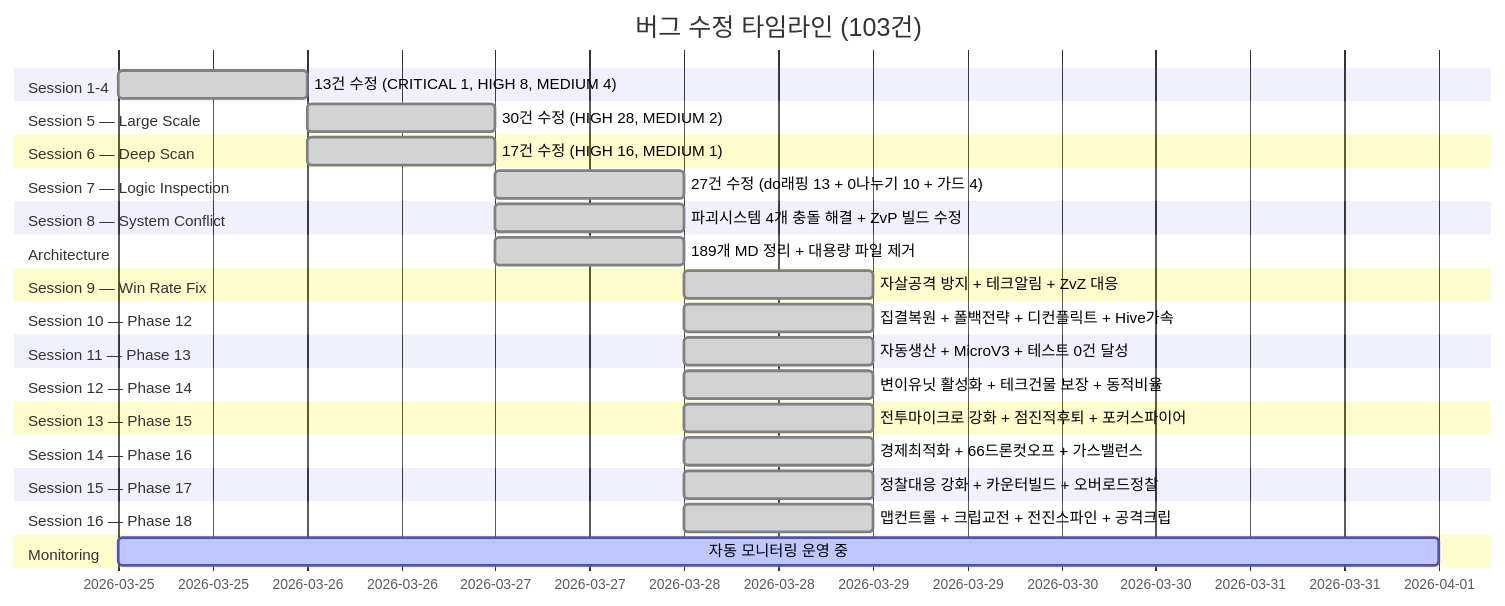
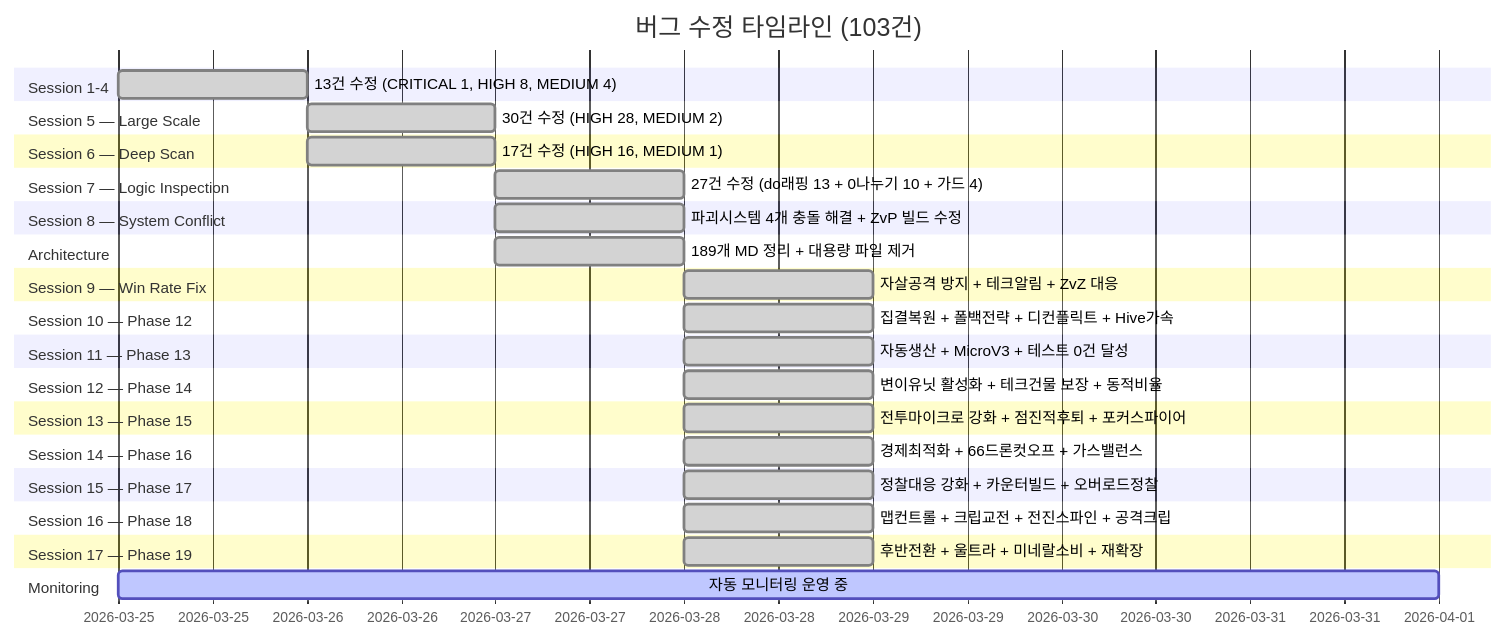
Before and after one commit to sun475300-sudo/Swarm-control-in-sc2bot: diagram 23 of 31 in README.md, drawn with Mermaid. The commit also changed other lines of this file and 5 other files, not shown here.

First line of the commit message:
feat: Phase 19 후반 전환 시스템 — 울트라리스크 + 미네랄소비 + 재확장

````diff
--- a/README.md
+++ b/README.md
@@ -633,35 +633,37 @@
 ```mermaid
 gantt
     title 버그 수정 타임라인 (103건)
     dateFormat YYYY-MM-DD
     section Session 1-4
         13건 수정 (CRITICAL 1, HIGH 8, MEDIUM 4)   :done, s1, 2026-03-25, 1d
     section Session 5 — Large Scale
         30건 수정 (HIGH 28, MEDIUM 2)              :done, s5, 2026-03-26, 1d
     section Session 6 — Deep Scan
         17건 수정 (HIGH 16, MEDIUM 1)              :done, s6, 2026-03-26, 1d
     section Session 7 — Logic Inspection
         27건 수정 (do래핑 13 + 0나누기 10 + 가드 4) :done, s7, 2026-03-27, 1d
     section Session 8 — System Conflict
         파괴시스템 4개 충돌 해결 + ZvP 빌드 수정    :done, s8, 2026-03-27, 1d
     section Architecture
         189개 MD 정리 + 대용량 파일 제거            :done, s9, 2026-03-27, 1d
     section Session 9 — Win Rate Fix
         자살공격 방지 + 테크알림 + ZvZ 대응         :done, s10, 2026-03-28, 1d
     section Session 10 — Phase 12
         집결복원 + 폴백전략 + 디컨플릭트 + Hive가속 :done, s11, 2026-03-28, 1d
     section Session 11 — Phase 13
         자동생산 + MicroV3 + 테스트 0건 달성       :done, s12, 2026-03-28, 1d
     section Session 12 — Phase 14
         변이유닛 활성화 + 테크건물 보장 + 동적비율  :done, s13, 2026-03-28, 1d
     section Session 13 — Phase 15
         전투마이크로 강화 + 점진적후퇴 + 포커스파이어 :done, s14, 2026-03-28, 1d
     section Session 14 — Phase 16
         경제최적화 + 66드론컷오프 + 가스밸런스     :done, s15, 2026-03-28, 1d
     section Session 15 — Phase 17
         정찰대응 강화 + 카운터빌드 + 오버로드정찰   :done, s16, 2026-03-28, 1d
     section Session 16 — Phase 18
         맵컨트롤 + 크립교전 + 전진스파인 + 공격크립 :done, s17, 2026-03-28, 1d
+    section Session 17 — Phase 19
+        후반전환 + 울트라 + 미네랄소비 + 재확장    :done, s18, 2026-03-28, 1d
     section Monitoring
         자동 모니터링 운영 중                        :active, mon, 2026-03-25, 7d
 ```
````
